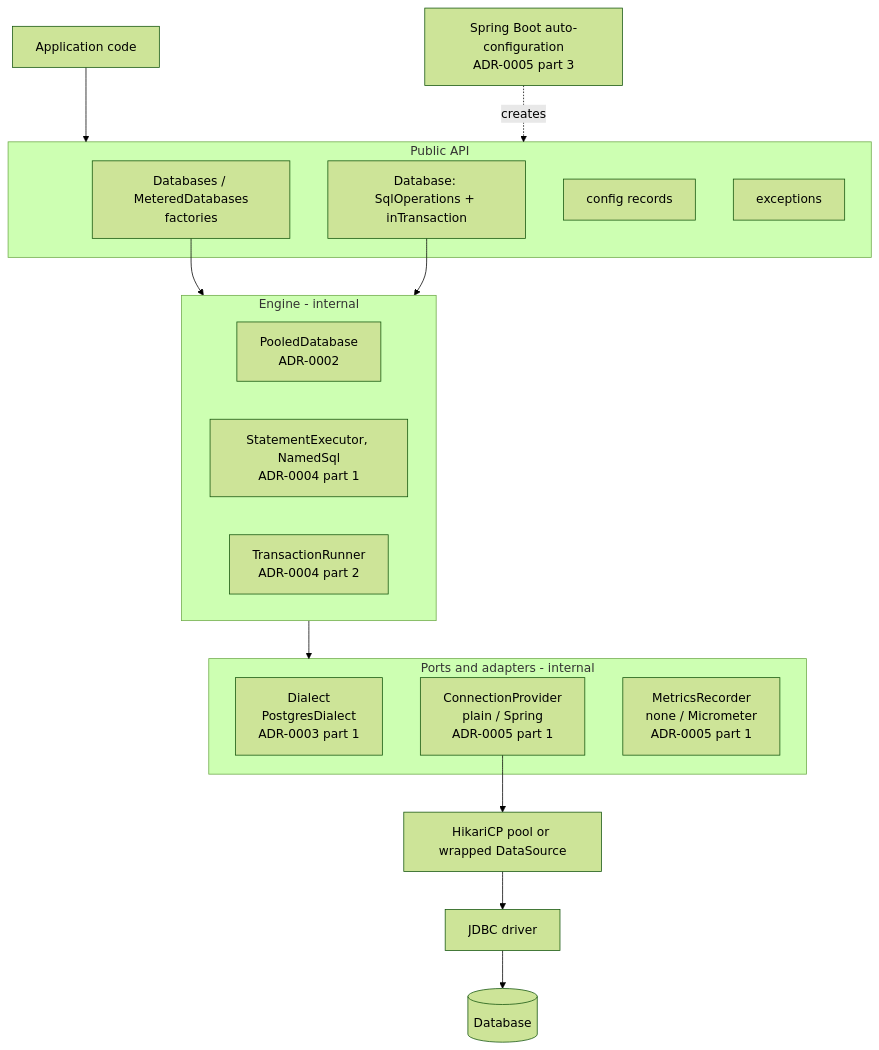
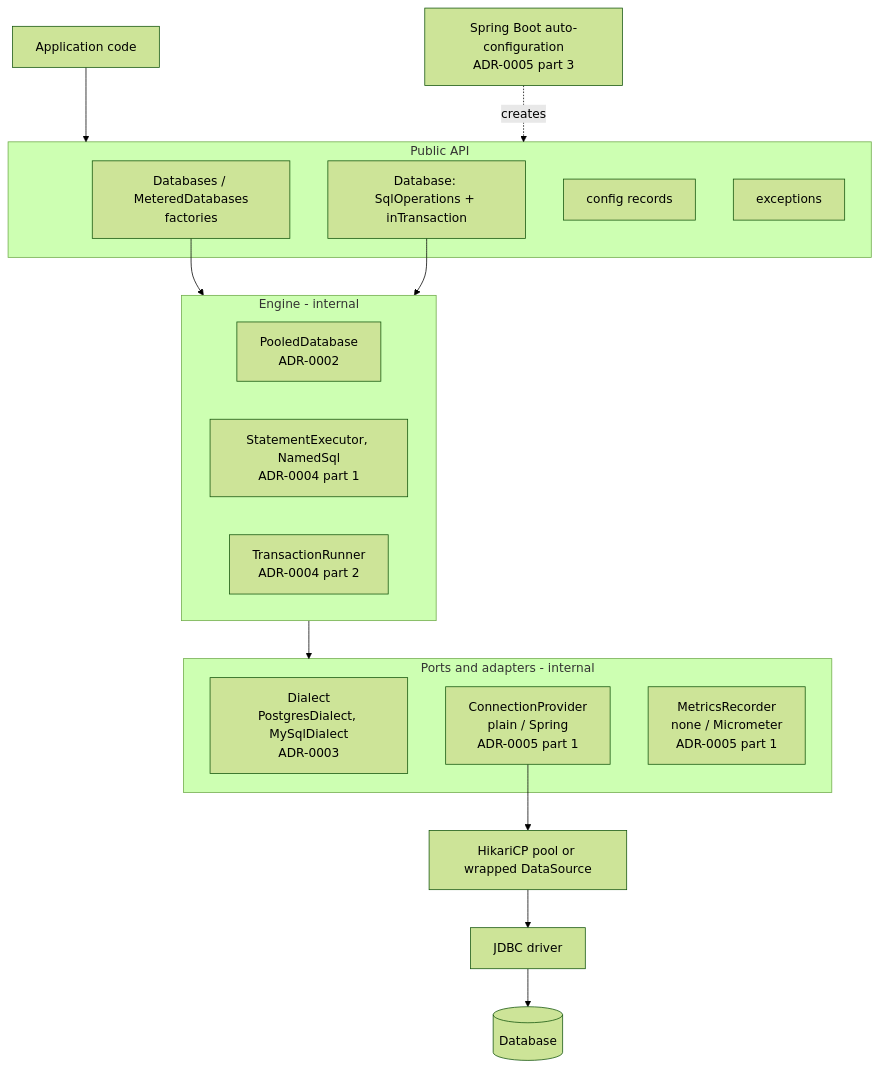
One commit to varnit-ta/plugkit-util changed the diagram in plugkit-db/docs/adr/README.md. Above: the diagram before and after it, drawn with Mermaid (forest theme). The commit also changed other lines of this file and 29 other files, not shown here.

````diff
--- a/plugkit-db/docs/adr/README.md
+++ b/plugkit-db/docs/adr/README.md
@@ -18,27 +18,27 @@
 ```mermaid
 flowchart TD
     APP[Application code] --> API
     SPRING[Spring Boot auto-configuration<br/>ADR-0005 part 3] -.creates.-> API
     subgraph API[Public API]
         F[Databases / MeteredDatabases<br/>factories]
         D[Database: SqlOperations + inTransaction]
         C[config records]
         E[exceptions]
     end
     F --> ENG
     D --> ENG
     subgraph ENG[Engine - internal]
         PD[PooledDatabase<br/>ADR-0002]
         SE[StatementExecutor, NamedSql<br/>ADR-0004 part 1]
         TR[TransactionRunner<br/>ADR-0004 part 2]
     end
     ENG --> PORTS
     subgraph PORTS[Ports and adapters - internal]
-        DL[Dialect<br/>PostgresDialect<br/>ADR-0003 part 1]
+        DL[Dialect<br/>PostgresDialect, MySqlDialect<br/>ADR-0003]
         CP[ConnectionProvider<br/>plain / Spring<br/>ADR-0005 part 1]
         MR[MetricsRecorder<br/>none / Micrometer<br/>ADR-0005 part 1]
     end
     CP --> POOL[HikariCP pool or wrapped DataSource]
     POOL --> DRV[JDBC driver]
     DRV --> DB[(Database)]
 ```
````
